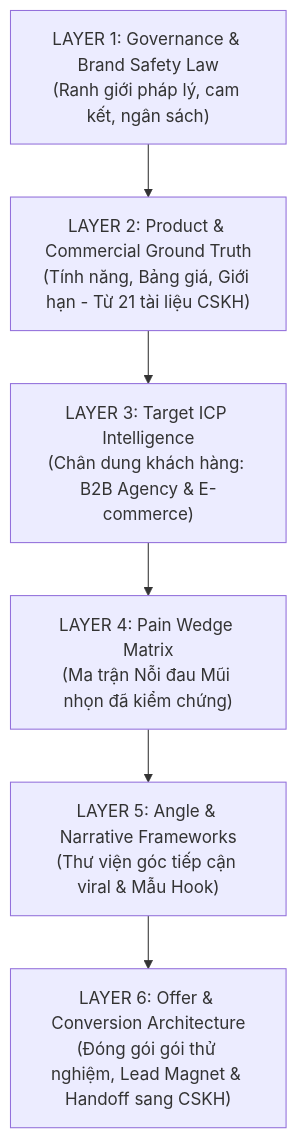
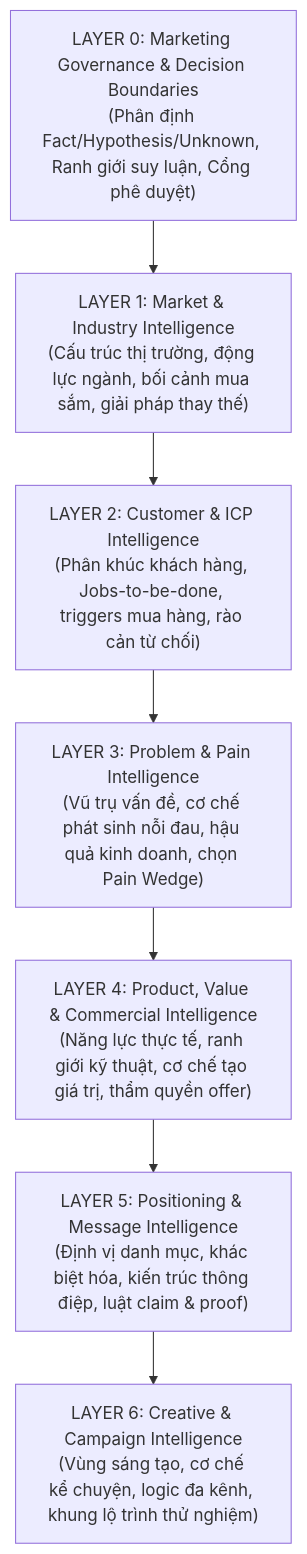
One commit to pnmediaplus-stack/agent.pnmediaplus.com changed the diagram in docs/marketing/PN_MEDIA_PLUS_MARKETING_KNOWLEDGE_BLUEPRINT_v1.0.md. Above: the diagram before and after it, drawn with Mermaid. The commit also changed other lines of this file and 1 other file, not shown here.

Commit message:
feat(marketing): publish canonical PN_MEDIA_PLUS_MARKETING_KNOWLEDGE_BLUEPRINT_v1.0 with 7-layer epistemic governance

````diff
--- a/docs/marketing/PN_MEDIA_PLUS_MARKETING_KNOWLEDGE_BLUEPRINT_v1.0.md
+++ b/docs/marketing/PN_MEDIA_PLUS_MARKETING_KNOWLEDGE_BLUEPRINT_v1.0.md
@@ -35,11 +71,12 @@
 ```mermaid
 flowchart TD
-    L1["LAYER 1: Governance & Brand Safety Law<br>(Ranh giới pháp lý, cam kết, ngân sách)"]
-    L2["LAYER 2: Product & Commercial Ground Truth<br>(Tính năng, Bảng giá, Giới hạn - Từ 21 tài liệu CSKH)"]
-    L3["LAYER 3: Target ICP Intelligence<br>(Chân dung khách hàng: B2B Agency & E-commerce)"]
-    L4["LAYER 4: Pain Wedge Matrix<br>(Ma trận Nỗi đau Mũi nhọn đã kiểm chứng)"]
-    L5["LAYER 5: Angle & Narrative Frameworks<br>(Thư viện góc tiếp cận viral & Mẫu Hook)"]
-    L6["LAYER 6: Offer & Conversion Architecture<br>(Đóng gói gói thử nghiệm, Lead Magnet & Handoff sang CSKH)"]
+    L0["LAYER 0: Marketing Governance & Decision Boundaries<br>(Phân định Fact/Hypothesis/Unknown, Ranh giới suy luận, Cổng phê duyệt)"]
+    L1["LAYER 1: Market & Industry Intelligence<br>(Cấu trúc thị trường, động lực ngành, bối cảnh mua sắm, giải pháp thay thế)"]
+    L2["LAYER 2: Customer & ICP Intelligence<br>(Phân khúc khách hàng, Jobs-to-be-done, triggers mua hàng, rào cản từ chối)"]
+    L3["LAYER 3: Problem & Pain Intelligence<br>(Vũ trụ vấn đề, cơ chế phát sinh nỗi đau, hậu quả kinh doanh, chọn Pain Wedge)"]
+    L4["LAYER 4: Product, Value & Commercial Intelligence<br>(Năng lực thực tế, ranh giới kỹ thuật, cơ chế tạo giá trị, thẩm quyền offer)"]
+    L5["LAYER 5: Positioning & Message Intelligence<br>(Định vị danh mục, khác biệt hóa, kiến trúc thông điệp, luật claim & proof)"]
+    L6["LAYER 6: Creative & Campaign Intelligence<br>(Vùng sáng tạo, cơ chế kể chuyện, logic đa kênh, khung lộ trình thử nghiệm)"]
 
-    L1 --> L2 --> L3 --> L4 --> L5 --> L6
+    L0 --> L1 --> L2 --> L3 --> L4 --> L5 --> L6
 ```
````
